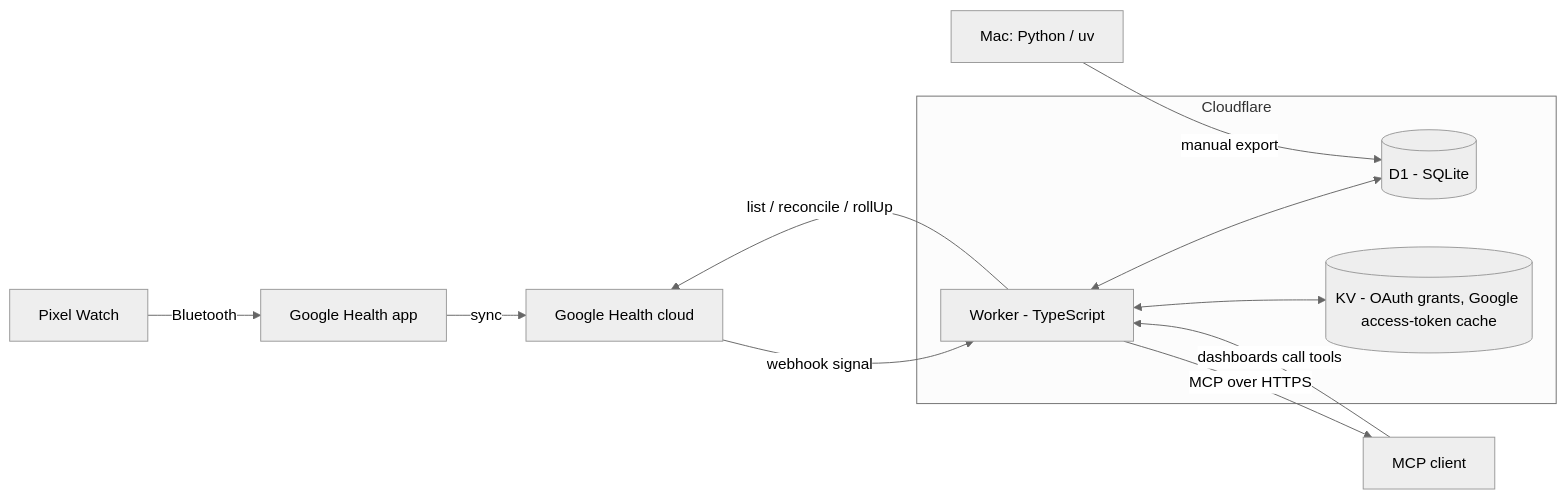
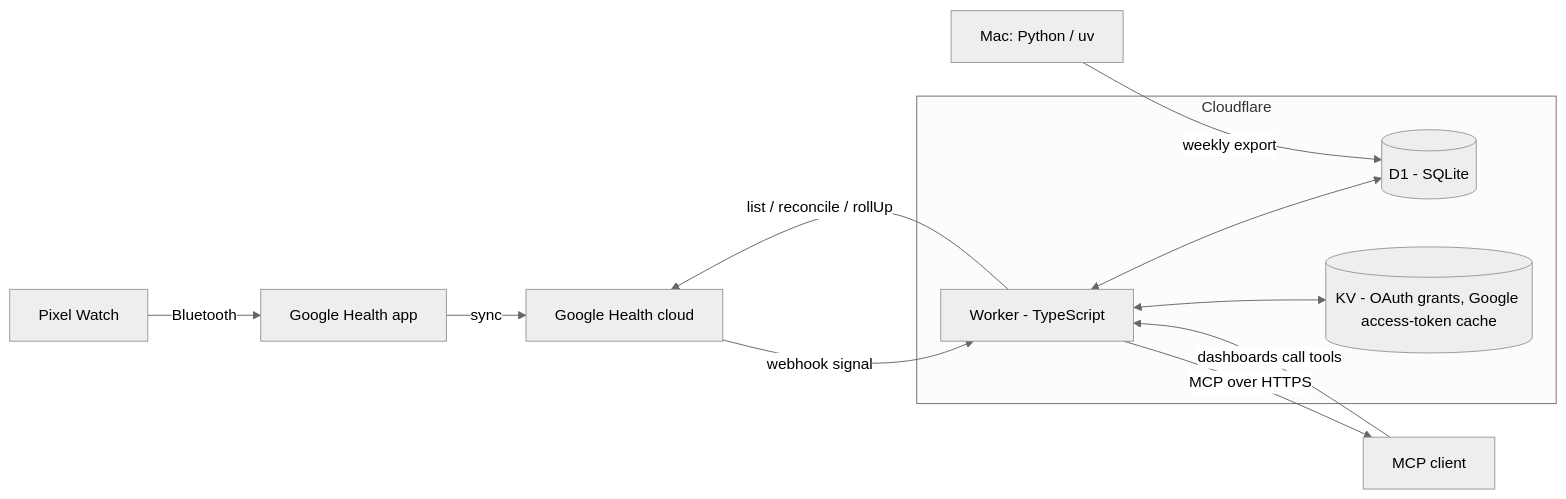
One commit to deluispablo/health-tracker changed the diagram in README.md. Above: the diagram before and after it, drawn with Mermaid (neutral theme). The commit also changed other lines of this file, not shown here.

````diff
--- a/README.md
+++ b/README.md
@@ -55,17 +57,17 @@
 ```mermaid
 flowchart LR
     W[Pixel Watch] -- Bluetooth --> A[Google Health app]
     A -- sync --> G[Google Health cloud]
     G -- webhook signal --> K
     K -- list / reconcile / rollUp --> G
     subgraph CF[Cloudflare]
         K[Worker - TypeScript]
         D[(D1 - SQLite)]
         V[(KV - OAuth grants, Google access-token cache)]
         K <--> D
         K <--> V
     end
     K -- MCP over HTTPS --> C[MCP client]
     C -- dashboards call tools --> K
-    P[Mac: Python / uv] -- manual export --> D
+    P[Mac: Python / uv] -- weekly export --> D
 ```
````
